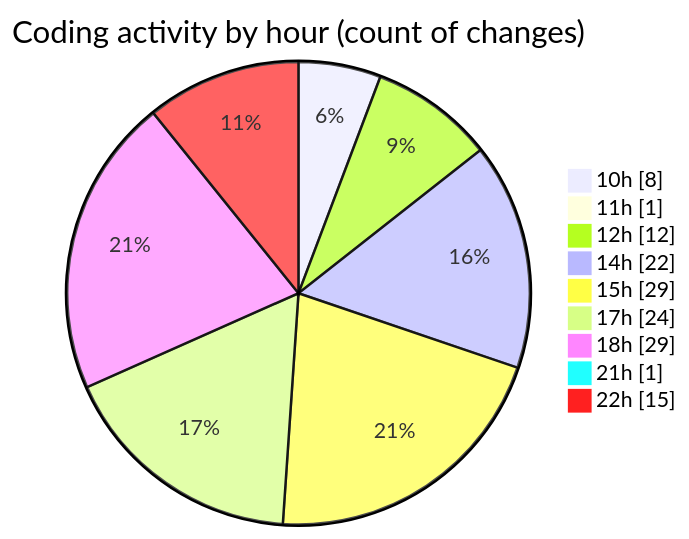
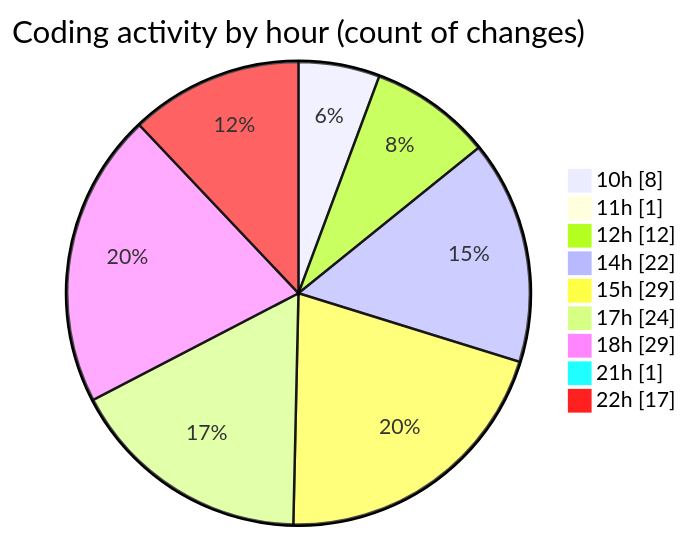
One commit to momahboobian/code-tracking changed the second of 2 diagrams in 2025-07-31/cda/README.md. Above: the diagram before and after it, drawn with Mermaid. The commit also changed other lines of this file and 1 other file, not shown here.

````diff
--- a/2025-07-31/cda/README.md
+++ b/2025-07-31/cda/README.md
@@ -41,13 +41,13 @@
 ```mermaid
 pie showData
 title Coding activity by hour (count of changes)
 "10h" : 8
 "11h" : 1
 "12h" : 12
 "14h" : 22
 "15h" : 29
 "17h" : 24
 "18h" : 29
 "21h" : 1
-"22h" : 15
+"22h" : 17
 ```
````
